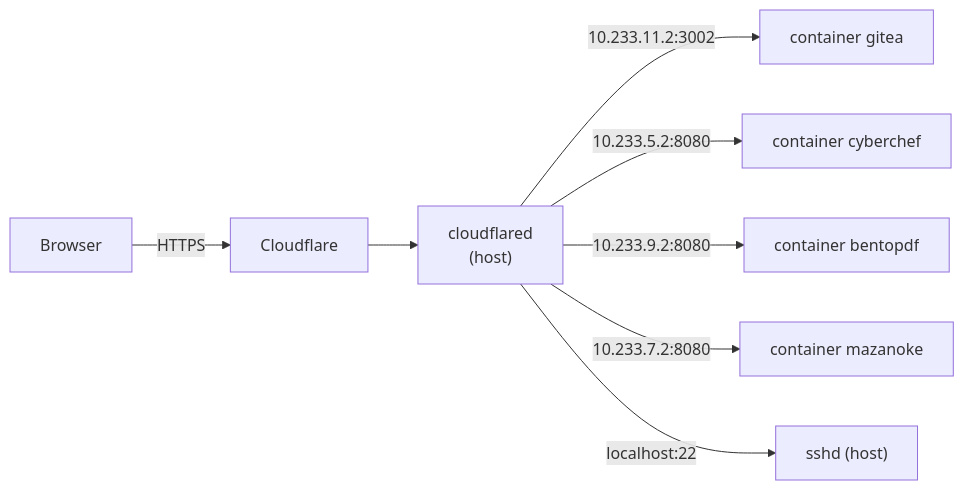
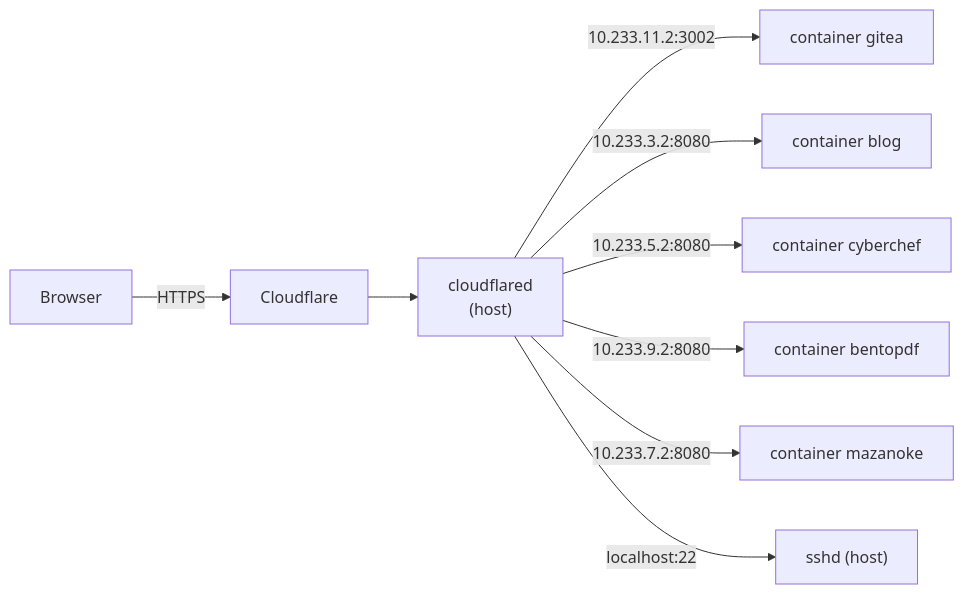
Before and after one commit to Chiloute/nixy: the diagram in docs/SERVER.md, drawn with Mermaid. The commit also changed other lines of this file and 4 other files, not shown here.

````diff
--- a/docs/SERVER.md
+++ b/docs/SERVER.md
@@ -23,10 +23,11 @@
 ```mermaid
 flowchart LR
     user["Browser"] -->|HTTPS| cf["Cloudflare"]
     cf --> cfd["cloudflared<br/>(host)"]
     cfd -->|10.233.11.2:3002| gitea["container gitea"]
+    cfd -->|10.233.3.2:8080| blog["container blog"]
     cfd -->|10.233.5.2:8080| cyber["container cyberchef"]
     cfd -->|10.233.9.2:8080| pdf["container bentopdf"]
     cfd -->|10.233.7.2:8080| mazanoke["container mazanoke"]
     cfd -->|localhost:22| ssh["sshd (host)"]
 ```
````
